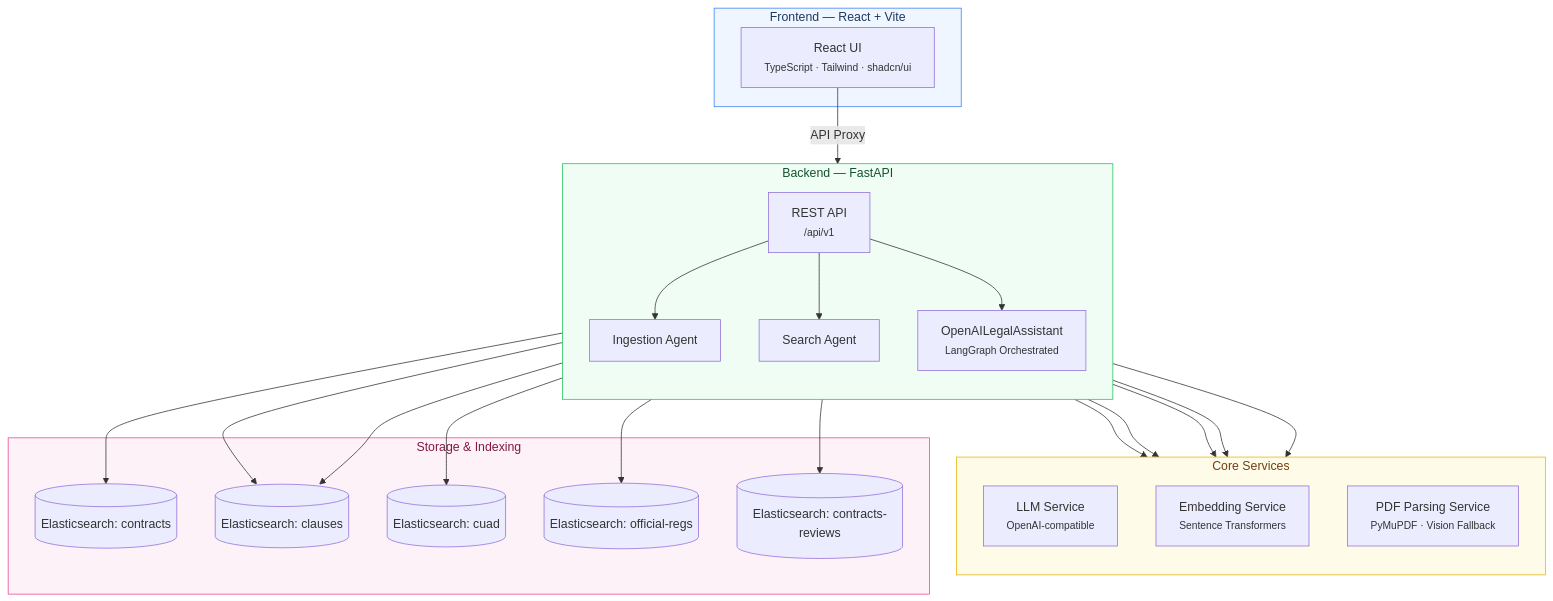
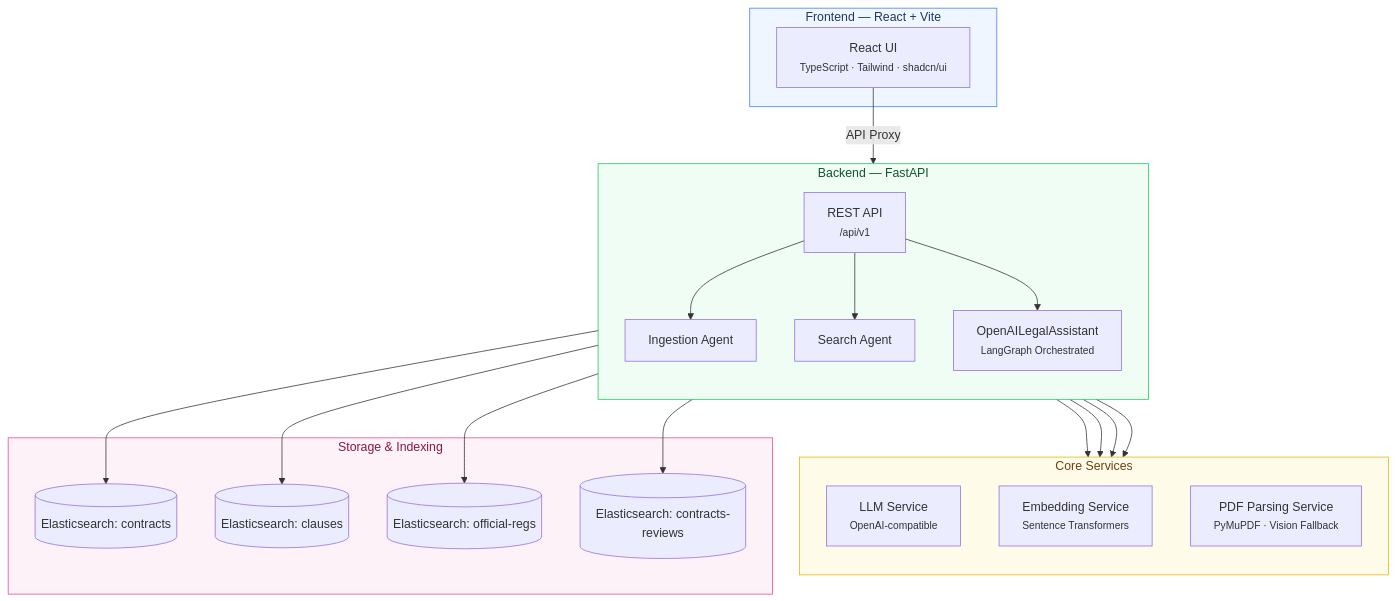
Before and after one commit to Liorohan10/ClauseGuard-main: the first of 4 diagrams in README.md, drawn with Mermaid. The commit also changed other lines of this file and 19 other files, not shown here.

````diff
--- a/README.md
+++ b/README.md
@@ -11,53 +11,48 @@
 ```mermaid
 graph TB
     subgraph Frontend["Frontend — React + Vite"]
         UI[React UI<br/><small>TypeScript · Tailwind · shadcn/ui</small>]
     end
 
     subgraph Backend["Backend — FastAPI"]
         direction TB
         API[REST API<br/><small>/api/v1</small>]
         IA[Ingestion Agent]
         SA[Search Agent]
         OAI[OpenAILegalAssistant<br/><small>LangGraph Orchestrated</small>]
         
         API --> IA
         API --> SA
         API --> OAI
     end
 
     subgraph Services["Core Services"]
         direction TB
         LLM[LLM Service<br/><small>OpenAI-compatible</small>]
         EMB[Embedding Service<br/><small>Sentence Transformers</small>]
         PDF[PDF Parsing Service<br/><small>PyMuPDF · Vision Fallback</small>]
     end
 
     subgraph Storage["Storage & Indexing"]
         ES_Contracts[(Elasticsearch: contracts)]
         ES_Clauses[(Elasticsearch: clauses)]
-        ES_CUAD[(Elasticsearch: cuad)]
         ES_Regs[(Elasticsearch: official-regs)]
         ES_Reviews[(Elasticsearch: contracts-reviews)]
     end
 
     UI -- "API Proxy" --> API
     IA --> PDF
     IA --> EMB
     IA --> ES_Contracts
     IA --> ES_Clauses
-    
-    SA --> EMB
-    SA --> ES_Clauses
-    SA --> ES_CUAD
     
     OAI --> LLM
     OAI --> EMB
     OAI --> ES_Regs
     OAI --> ES_Reviews
     
     style Frontend fill:#eff6ff,stroke:#3b82f6,color:#1e3a5f
     style Backend fill:#f0fdf4,stroke:#22c55e,color:#14532d
     style Services fill:#fefce8,stroke:#eab308,color:#713f12
     style Storage fill:#fdf2f8,stroke:#ec4899,color:#831843
 ```
````
